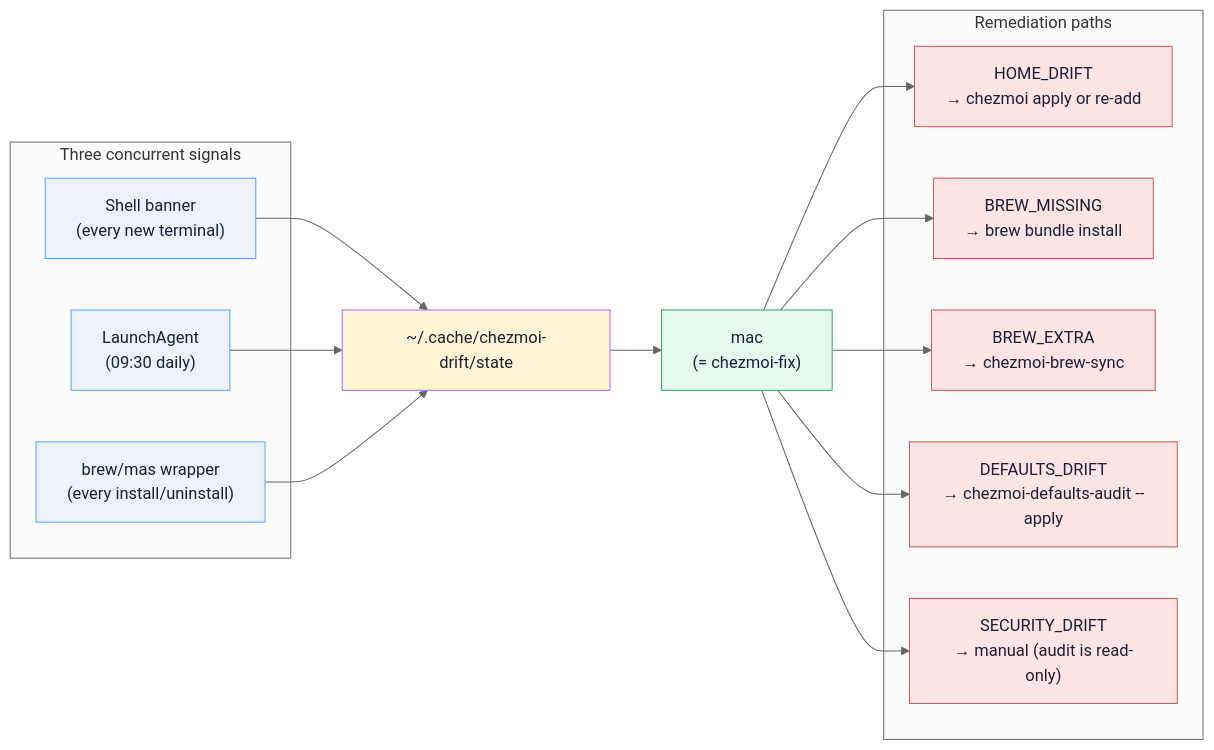
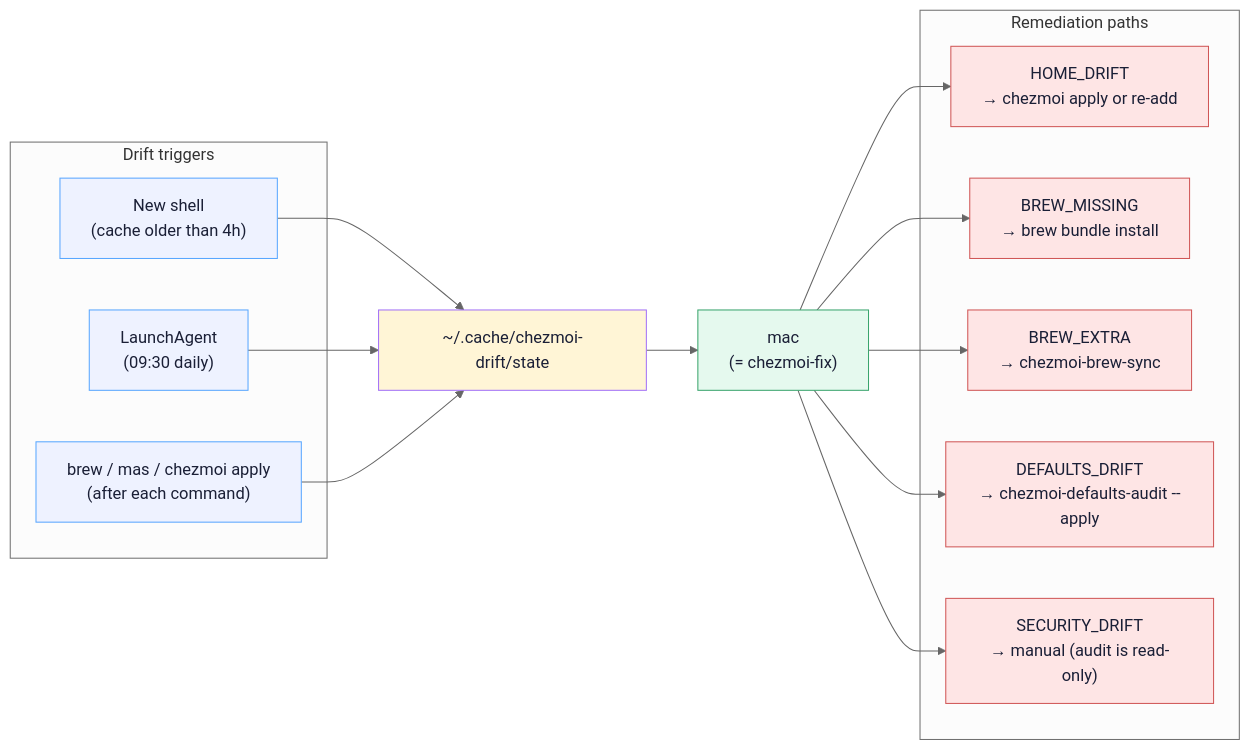
Before and after one commit to edjchapman/Dotfiles: the diagram in docs/runbooks/recover-from-drift.md, drawn with Mermaid (neutral theme). The commit also changed other lines of this file and 18 other files, not shown here.

````diff
--- a/docs/runbooks/recover-from-drift.md
+++ b/docs/runbooks/recover-from-drift.md
@@ -49,37 +49,37 @@
 ```mermaid
 flowchart LR
-    subgraph SIGNALS["Three concurrent signals"]
-        BANNER["Shell banner<br/>(every new terminal)"]
+    subgraph SIGNALS["Drift triggers"]
+        BANNER["New shell<br/>(cache older than 4h)"]
         AGENT["LaunchAgent<br/>(09:30 daily)"]
-        WRAPPER["brew/mas wrapper<br/>(every install/uninstall)"]
+        WRAPPER["brew / mas / chezmoi apply<br/>(after each command)"]
     end
     CACHE["~/.cache/chezmoi-drift/state"]
     MAC["mac<br/>(= chezmoi-fix)"]
 
     subgraph FIXES["Remediation paths"]
         HD["HOME_DRIFT<br/>→ chezmoi apply or re-add"]
         BM["BREW_MISSING<br/>→ brew bundle install"]
         BE["BREW_EXTRA<br/>→ chezmoi-brew-sync"]
         DD["DEFAULTS_DRIFT<br/>→ chezmoi-defaults-audit --apply"]
         SD["SECURITY_DRIFT<br/>→ manual (audit is read-only)"]
     end
 
     BANNER --> CACHE
     AGENT --> CACHE
     WRAPPER --> CACHE
     CACHE --> MAC
     MAC --> HD
     MAC --> BM
     MAC --> BE
     MAC --> DD
     MAC --> SD
 
     classDef signal fill:#eef2ff,stroke:#58a6ff,color:#1a1f36
     classDef cache fill:#fff5d6,stroke:#a371f7,color:#1a1f36
     classDef entry fill:#e5f9ee,stroke:#3aa56d,color:#1a1f36
     classDef fix fill:#fee5e5,stroke:#d05656,color:#1a1f36
     class BANNER,AGENT,WRAPPER signal
     class CACHE cache
     class MAC entry
     class HD,BM,BE,DD,SD fix
 ```
````
